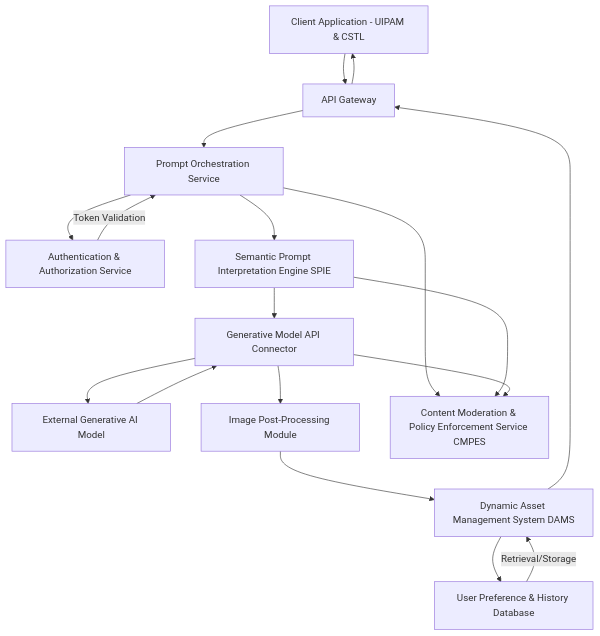
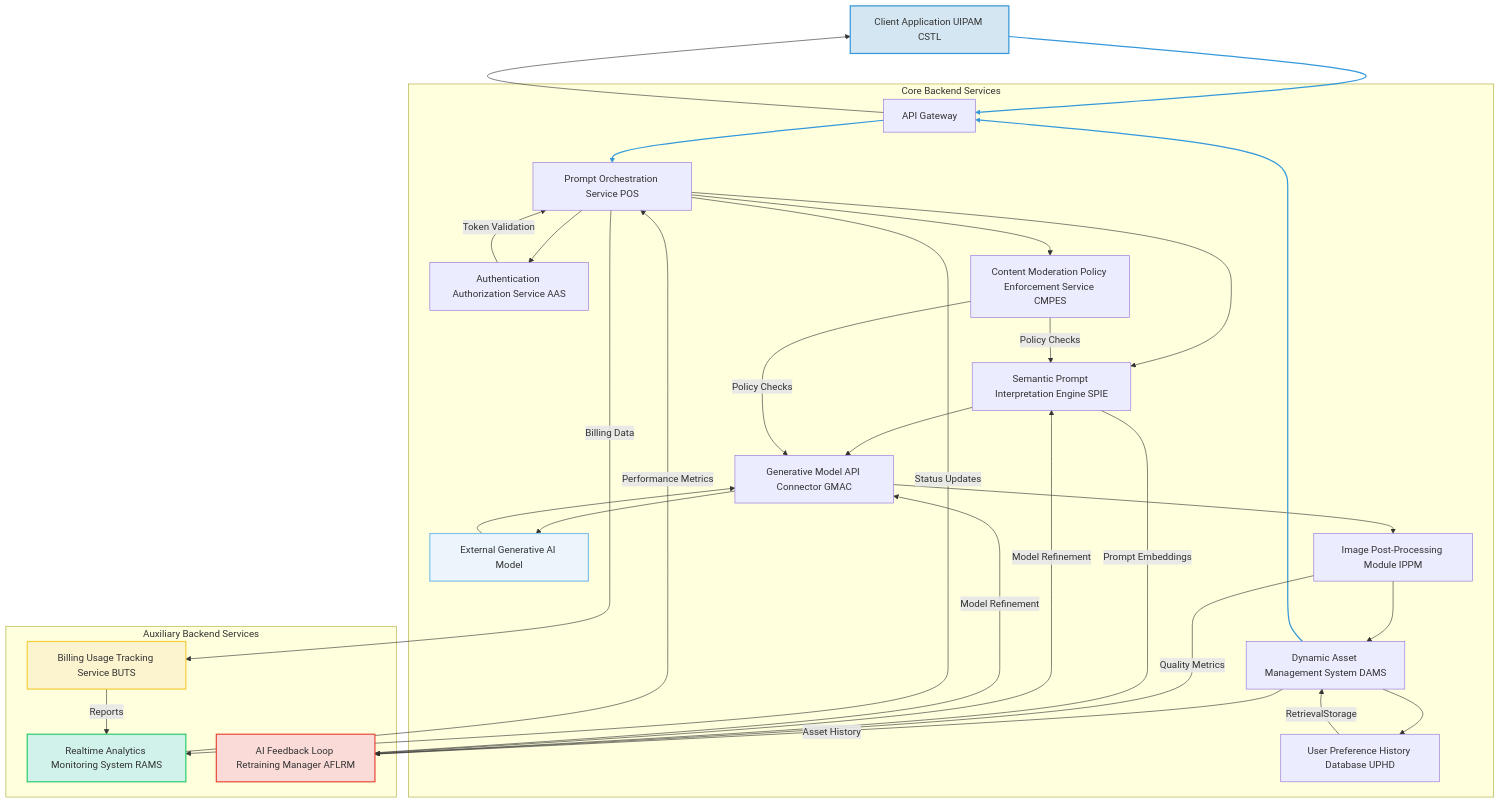
Before and after one commit to diplomat-bit/Citibank_Demo_Business_Inc_Demonstration-: the first of 2 diagrams in inventions/001_generative_ui_background.md, drawn with Mermaid. The commit also changed other lines of this file, not shown here.

Commit message:
[AI] Edit: inventions/001_generative_ui_background.md

````diff
--- a/inventions/001_generative_ui_background.md
+++ b/inventions/001_generative_ui_background.md
@@ -33,20 +37,43 @@
 ```mermaid
 graph TD
-    A[Client Application - UIPAM & CSTL] --> B[API Gateway]
-    B --> C[Prompt Orchestration Service]
-    C --> D[Authentication & Authorization Service]
-    C --> E[Semantic Prompt Interpretation Engine SPIE]
-    E --> F[Generative Model API Connector]
-    F --> G[External Generative AI Model]
-    G --> F
-    F --> H[Image Post-Processing Module]
-    H --> I[Dynamic Asset Management System DAMS]
-    I --> J[User Preference & History Database]
-    I --> B
+    A[Client Application UIPAM CSTL] --> B[API Gateway]
+    subgraph Core Backend Services
+        B --> C[Prompt Orchestration Service POS]
+        C --> D[Authentication Authorization Service AAS]
+        C --> E[Semantic Prompt Interpretation Engine SPIE]
+        C --> K[Content Moderation Policy Enforcement Service CMPES]
+        E --> F[Generative Model API Connector GMAC]
+        F --> G[External Generative AI Model]
+        G --> F
+        F --> H[Image Post-Processing Module IPPM]
+        H --> I[Dynamic Asset Management System DAMS]
+        I --> J[User Preference History Database UPHD]
+        I --> B
+        D -- Token Validation --> C
+        J -- RetrievalStorage --> I
+        K -- Policy Checks --> E
+        K -- Policy Checks --> F
+    end
+    subgraph Auxiliary Backend Services
+        C -- Status Updates --> L[Realtime Analytics Monitoring System RAMS]
+        L -- Performance Metrics --> C
+        C -- Billing Data --> M[Billing Usage Tracking Service BUTS]
+        M -- Reports --> L
+        I -- Asset History --> N[AI Feedback Loop Retraining Manager AFLRM]
+        H -- Quality Metrics --> N
+        E -- Prompt Embeddings --> N
+        N -- Model Refinement --> E
+        N -- Model Refinement --> F
+    end
     B --> A
-    D -- Token Validation --> C
-    J -- Retrieval/Storage --> I
-    C --> K[Content Moderation & Policy Enforcement Service CMPES]
-    E --> K
-    F --> K
+    
+    style A fill:#D4E6F1,stroke:#3498DB,stroke-width:2px;
+    style G fill:#EBF5FB,stroke:#85C1E9,stroke-width:2px;
+    style L fill:#D1F2EB,stroke:#2ECC71,stroke-width:2px;
+    style M fill:#FCF3CF,stroke:#F4D03F,stroke-width:2px;
+    style N fill:#FADBD8,stroke:#E74C3C,stroke-width:2px;
+    linkStyle 0 stroke:#3498DB,stroke-width:2px;
+    linkStyle 1 stroke:#3498DB,stroke-width:2px;
+    linkStyle 11 stroke:#3498DB,stroke-width:2px;
+
 ```
````
